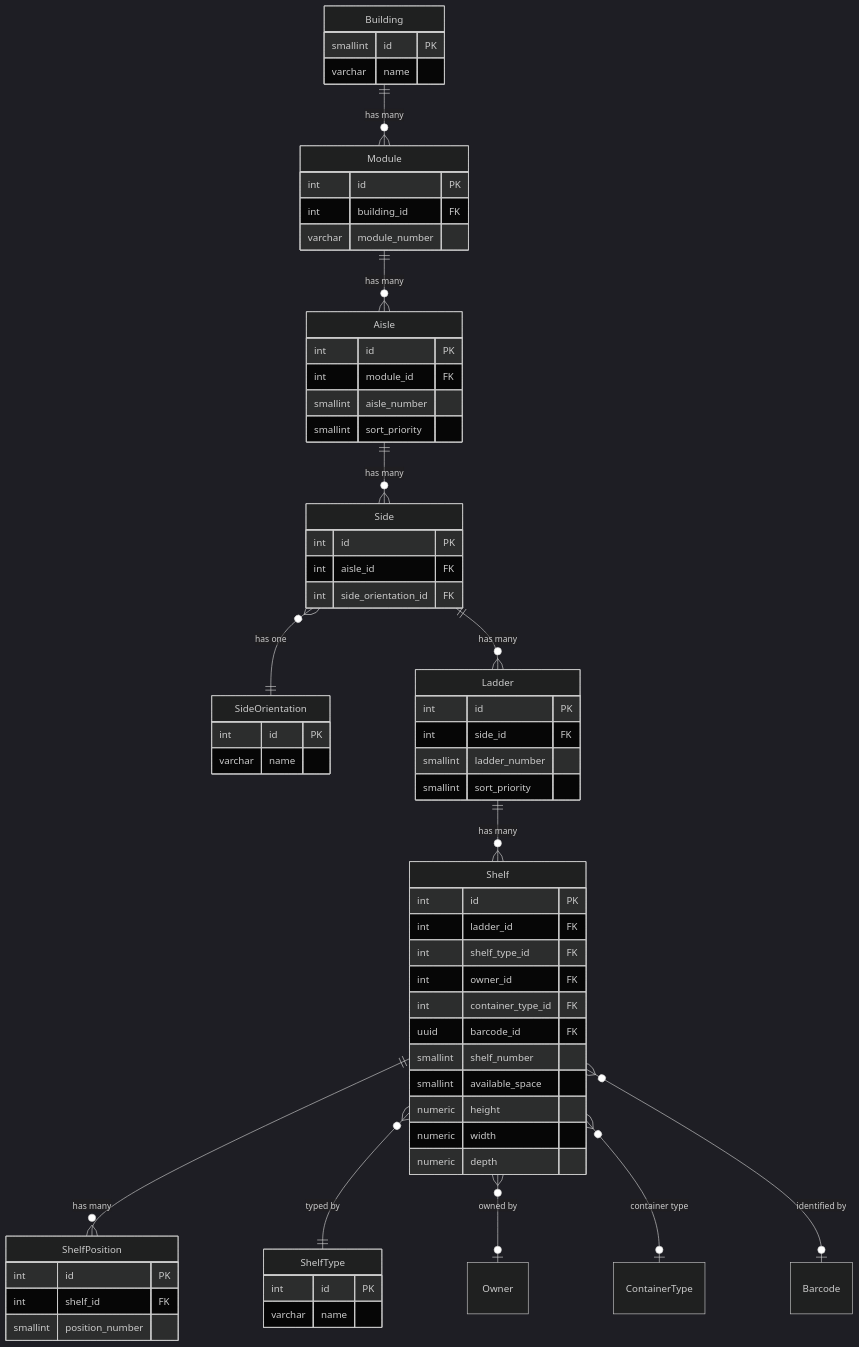
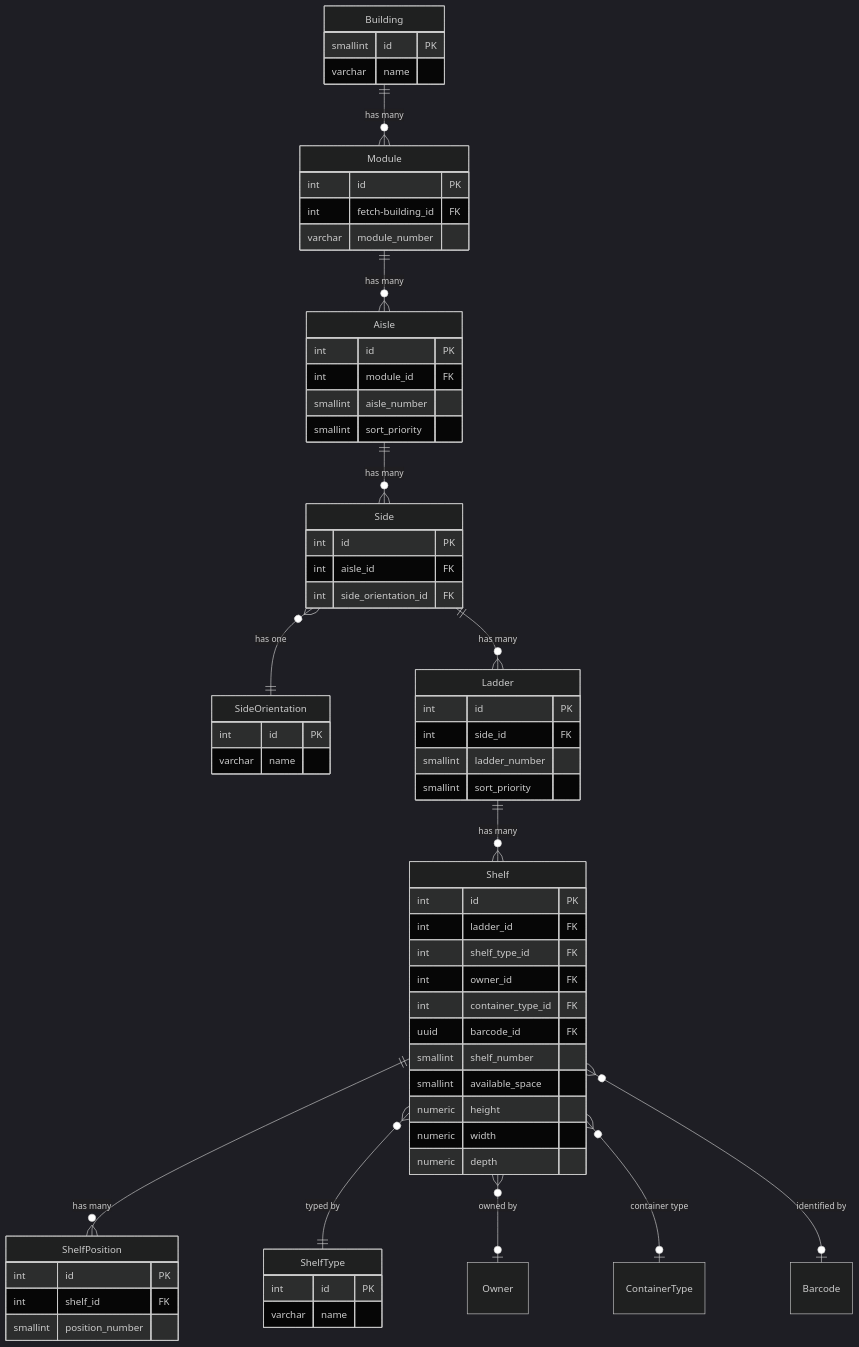
Before and after one commit to martymar3200/FETCH2: the fifth of 11 diagrams in ARCHITECTURE.md, drawn with Mermaid (dark theme). The commit also changed other lines of this file and 963 other files, not shown here.

````diff
--- a/ARCHITECTURE.md
+++ b/ARCHITECTURE.md
@@ -393,67 +393,67 @@
 ```mermaid
 erDiagram
     Building ||--o{ Module : "has many"
     Module ||--o{ Aisle : "has many"
     Aisle ||--o{ Side : "has many"
     Side }o--|| SideOrientation : "has one"
     Side ||--o{ Ladder : "has many"
     Ladder ||--o{ Shelf : "has many"
     Shelf ||--o{ ShelfPosition : "has many"
     Shelf }o--|| ShelfType : "typed by"
     Shelf }o--o| Owner : "owned by"
     Shelf }o--o| ContainerType : "container type"
     Shelf }o--o| Barcode : "identified by"
 
     Building {
         smallint id PK
         varchar name
     }
     Module {
         int id PK
-        int building_id FK
+        int fetch-building_id FK
         varchar module_number
     }
     Aisle {
         int id PK
         int module_id FK
         smallint aisle_number
         smallint sort_priority
     }
     SideOrientation {
         int id PK
         varchar name
     }
     Side {
         int id PK
         int aisle_id FK
         int side_orientation_id FK
     }
     Ladder {
         int id PK
         int side_id FK
         smallint ladder_number
         smallint sort_priority
     }
     Shelf {
         int id PK
         int ladder_id FK
         int shelf_type_id FK
         int owner_id FK
         int container_type_id FK
         uuid barcode_id FK
         smallint shelf_number
         smallint available_space
         numeric height
         numeric width
         numeric depth
     }
     ShelfPosition {
         int id PK
         int shelf_id FK
         smallint position_number
     }
     ShelfType {
         int id PK
         varchar name
     }
 ```
````
